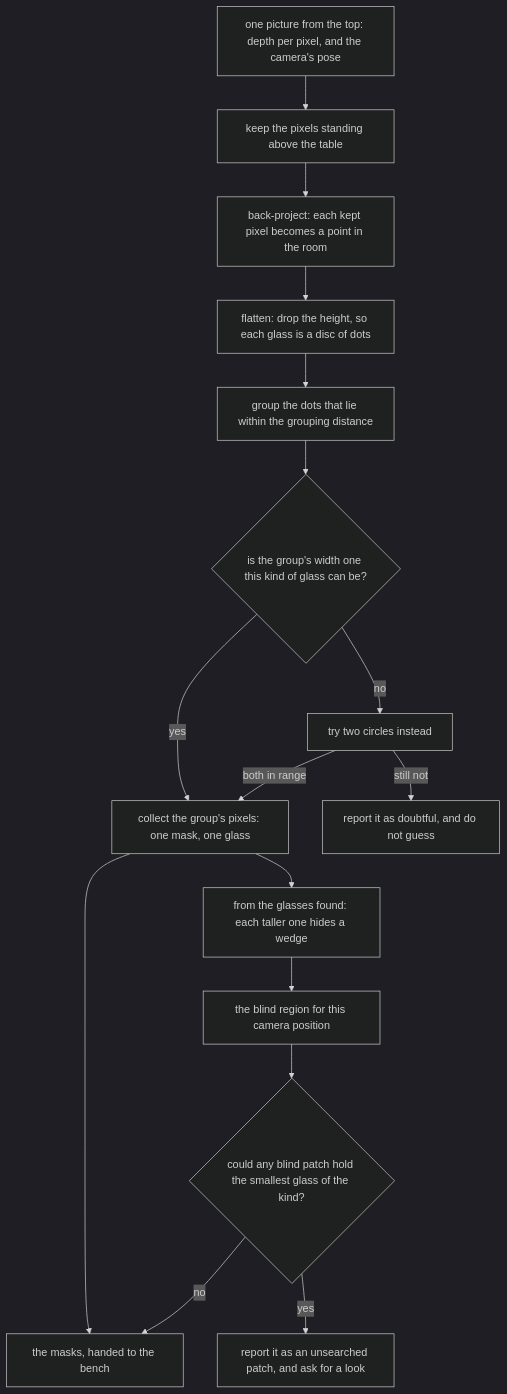
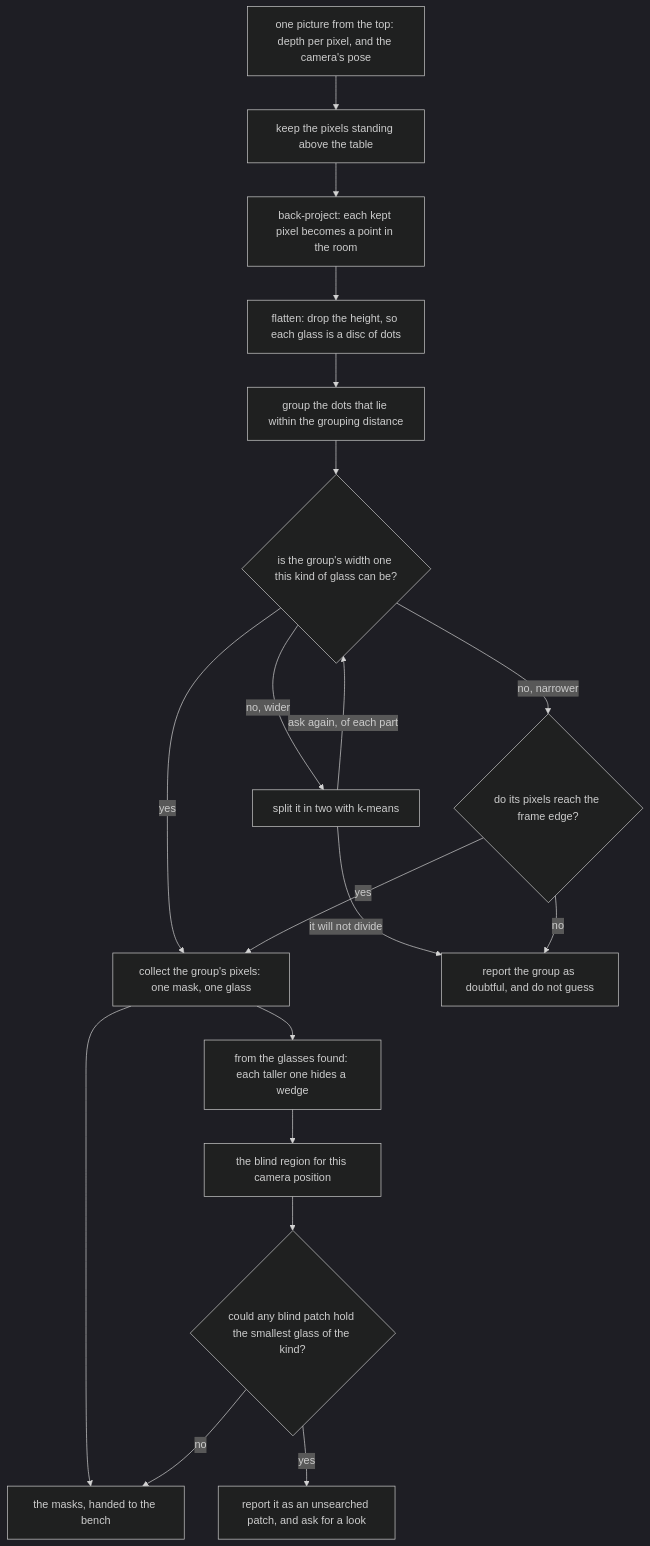
One commit to RobinNagpal/robot-arm-projects changed the diagram in v5-pick-glasses/docs/02-segment-glasses/solutions/01-rules-on-the-table.md. Above: the diagram before and after it, drawn with Mermaid (dark theme). The commit also changed other lines of this file and 14 other files, not shown here.

````diff
--- a/v5-pick-glasses/docs/02-segment-glasses/solutions/01-rules-on-the-table.md
+++ b/v5-pick-glasses/docs/02-segment-glasses/solutions/01-rules-on-the-table.md
@@ -531,19 +598,22 @@
 ```mermaid
 flowchart TD
     PIC["one picture from the top: depth per pixel, and the camera's pose"]
     PIC --> ST["keep the pixels standing above the table"]
     ST --> BP["back-project: each kept pixel becomes a point in the room"]
     BP --> FL["flatten: drop the height, so each glass is a disc of dots"]
     FL --> CL["group the dots that lie within the grouping distance"]
     CL --> CHK{"is the group's width one this kind of glass can be?"}
     CHK -- yes --> MK["collect the group's pixels: one mask, one glass"]
-    CHK -- no --> SP["try two circles instead"]
-    SP -- "both in range" --> MK
-    SP -- "still not" --> DB["report it as doubtful, and do not guess"]
+    CHK -- "no, wider" --> SP["split it in two with k-means"]
+    SP -- "ask again, of each part" --> CHK
+    SP -- "it will not divide" --> DB
+    CHK -- "no, narrower" --> EDGE{"do its pixels reach the frame edge?"}
+    EDGE -- yes --> MK
+    EDGE -- no --> DB["report the group as doubtful, and do not guess"]
     MK --> OUT["the masks, handed to the bench"]
     MK --> SH["from the glasses found: each taller one hides a wedge"]
     SH --> BL["the blind region for this camera position"]
     BL --> PAT{"could any blind patch hold the smallest glass of the kind?"}
     PAT -- no --> OUT
     PAT -- yes --> SUS["report it as an unsearched patch, and ask for a look"]
 ```
````
